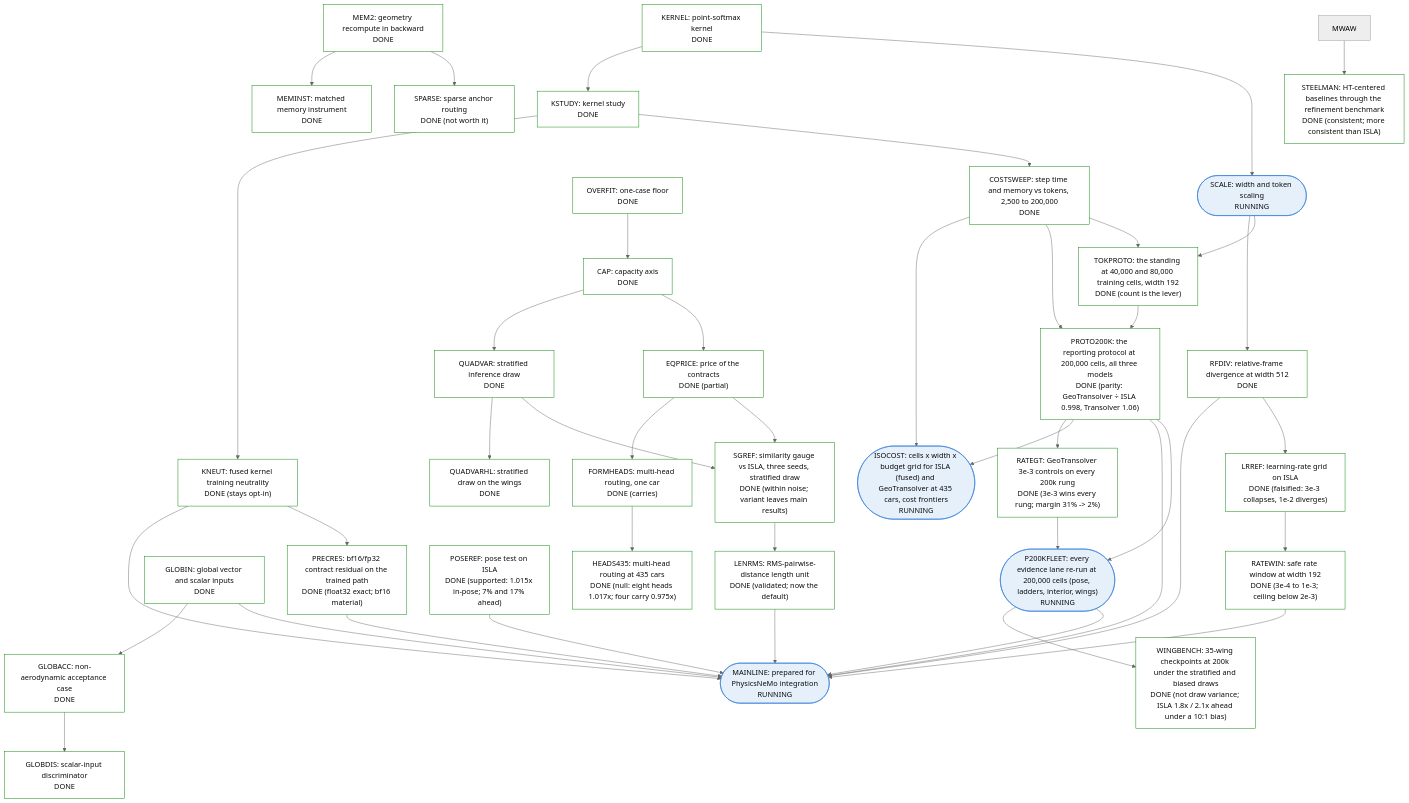
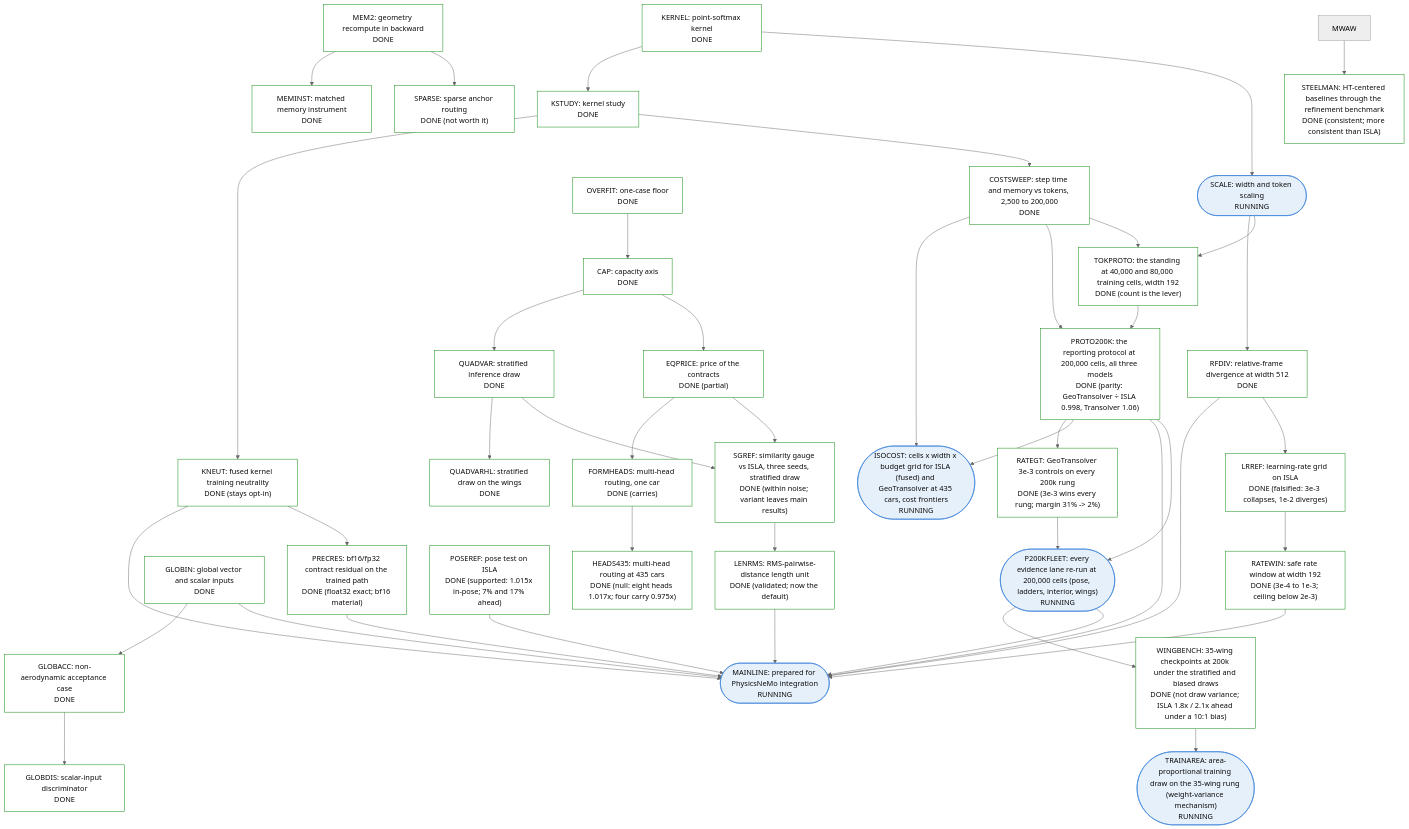
One commit to peterdsharpe/physicsnemo changed the fifth of 5 diagrams in examples/cfd/mesh_transformer/book/13-program-status.qmd. Above: the diagram before and after it, drawn with Mermaid (neutral theme). The commit also changed other lines of this file and 1 other file, not shown here.

Commit message:
Preregistration TRAIN-AREA: is the 27% wing deficit the variance of ISLA's measure weights? ISLA, GeoTransolver and Transolver trained on the 35-wing rung with an area-proportional Poisson draw (exact Horvitz-Thompson weights, estimator unbiased, weights nearly uniform) at 200k; bars for mechanism, sampler effect, null and consistency; ledger node

```diff
--- a/examples/cfd/mesh_transformer/book/13-program-status.qmd
+++ b/examples/cfd/mesh_transformer/book/13-program-status.qmd
@@ -312,6 +312,7 @@
     POSEREF["POSEREF: pose test on ISLA<br/>DONE (supported: 1.015x in-pose; 7% and 17% ahead)"]:::done
     LRREF["LRREF: learning-rate grid on ISLA<br/>DONE (falsified: 3e-3 collapses, 1e-2 diverges)"]:::done
     RATEWIN["RATEWIN: safe rate window at width 192<br/>DONE (3e-4 to 1e-3; ceiling below 2e-3)"]:::done
+    TRAINAREA(["TRAINAREA: area-proportional training draw on the 35-wing rung (weight-variance mechanism)<br/>RUNNING"]):::running
     ISOCOST(["ISOCOST: cells x width x budget grid for ISLA (fused) and GeoTransolver at 435 cars, cost frontiers<br/>RUNNING"]):::running
     WINGBENCH["WINGBENCH: 35-wing checkpoints at 200k under the stratified and biased draws<br/>DONE (not draw variance; ISLA 1.8x / 2.1x ahead under a 10:1 bias)"]:::done
     RATEGT["RATEGT: GeoTransolver 3e-3 controls on every 200k rung<br/>DONE (3e-3 wins every rung; margin 31% -> 2%)"]:::done
@@ -348,6 +349,7 @@
     PROTO200K --> RATEGT
     RATEGT --> P200KFLEET
     P200KFLEET --> WINGBENCH
+    WINGBENCH --> TRAINAREA
     PROTO200K --> ISOCOST
     COSTSWEEP --> ISOCOST
     RATEWIN --> MAINLINE
```
